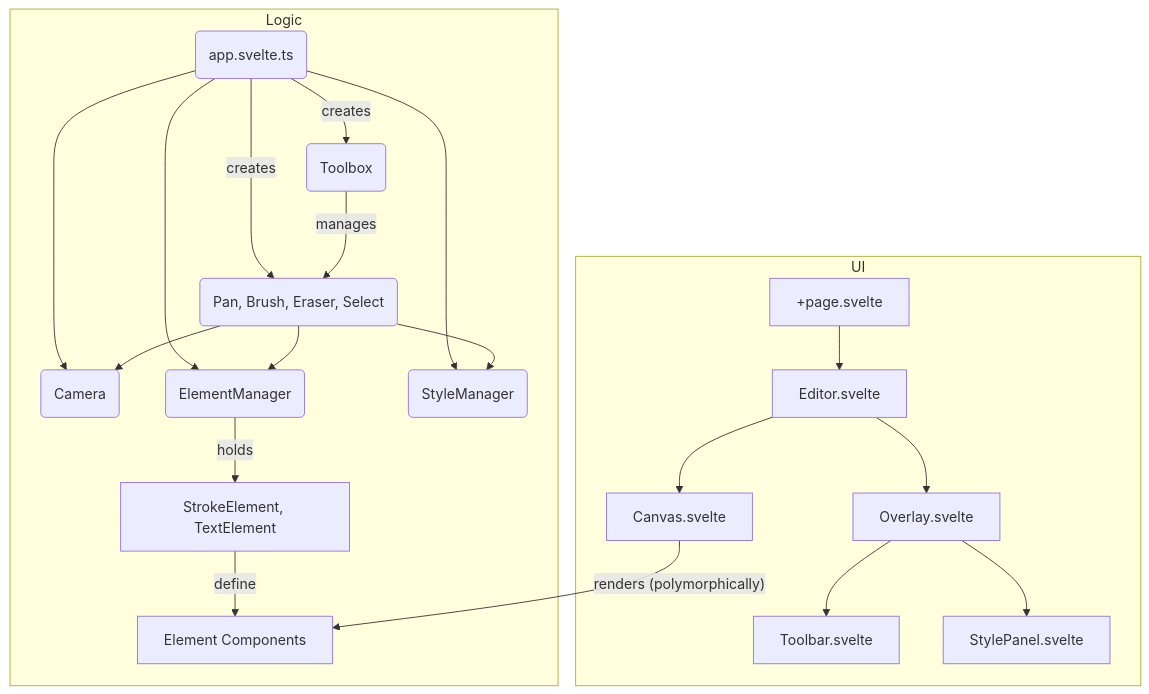
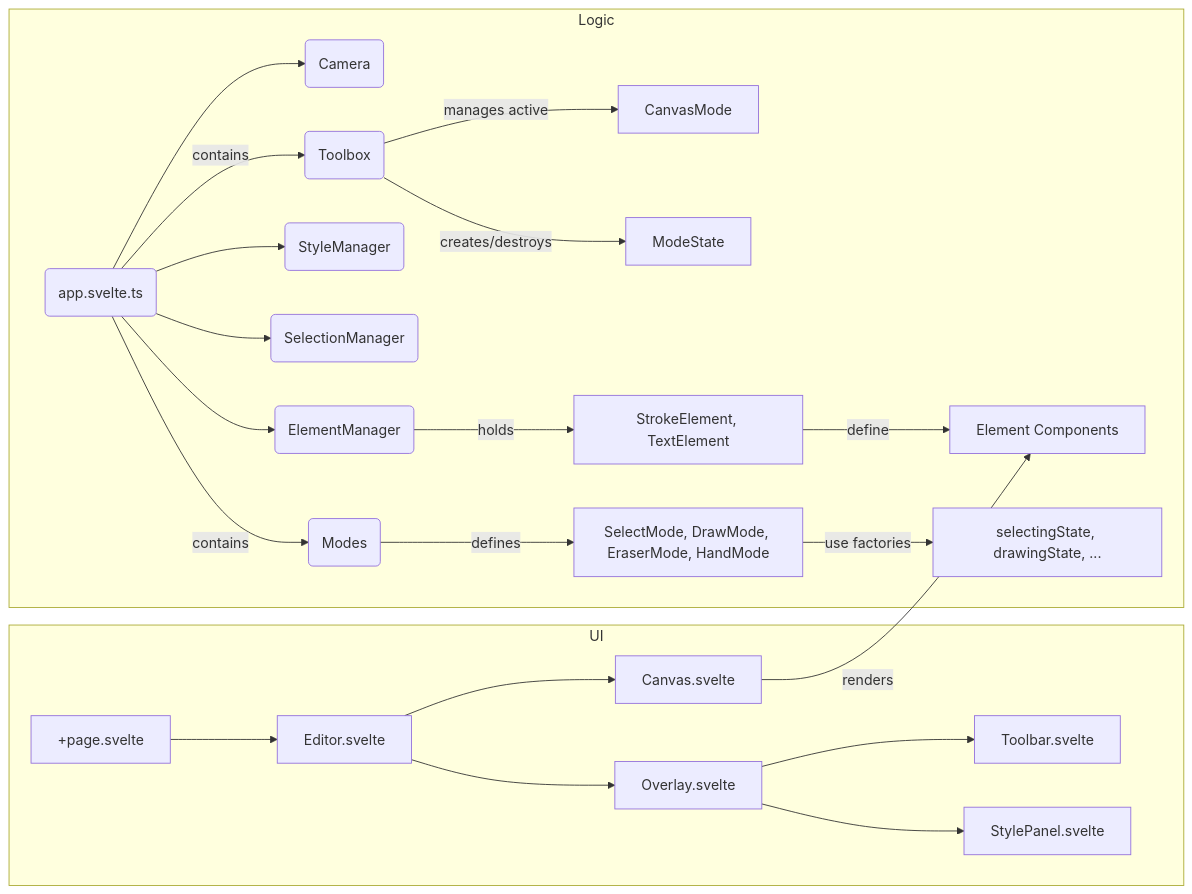
The first of 2 diagrams in README.md (RedthMC/motion-whiteboard), drawn with Mermaid before and after one commit. The commit also changed other lines of this file and 21 other files, not shown here.

Commit message:
tools mode state machine

````diff
--- a/README.md
+++ b/README.md
@@ -11,31 +11,32 @@
 ```mermaid
-graph TD
+graph LR
     subgraph UI
         Page[+page.svelte] --> Editor[Editor.svelte]
         Editor --> Canvas[Canvas.svelte]
         Editor --> Overlay[Overlay.svelte]
         Overlay --> Toolbar[Toolbar.svelte]
         Overlay --> StylePanel[StylePanel.svelte]
     end
 
-    Canvas -- "renders (polymorphically)" --> ElementComponents[Element Components]
+    Canvas -- "renders" --> ElementComponents[Element Components]
     
     subgraph Logic
       AppState(app.svelte.ts)
       AppState --> Camera(Camera)
       AppState --> ElementManager(ElementManager)
       AppState --> StyleManager(StyleManager)
+      AppState --> SelectionManager(SelectionManager)
       
-      AppState -- creates --> Tools(Pan, Brush, Eraser, Select)
-      AppState -- creates --> Toolbox(Toolbox)
+      AppState -- contains --> Modes(Modes)
+      AppState -- contains --> Toolbox(Toolbox)
+      
+      Toolbox -- "manages active" --> CurrentMode[CanvasMode]
+      Toolbox -- "creates/destroys" --> CurrentState[ModeState]
+      
+      Modes -- "defines" --> ModeTypes[SelectMode, DrawMode, EraserMode, HandMode]
+      ModeTypes -- "use factories" --> StateFactories[selectingState, drawingState, ...]
       
       ElementManager -- holds --> Elements[StrokeElement, TextElement]
       Elements -- define --> ElementComponents
-      
-      Tools --> Camera
-      Tools --> ElementManager
-      Tools --> StyleManager
-      
-      Toolbox -- manages --> Tools
     end
 ```
````
